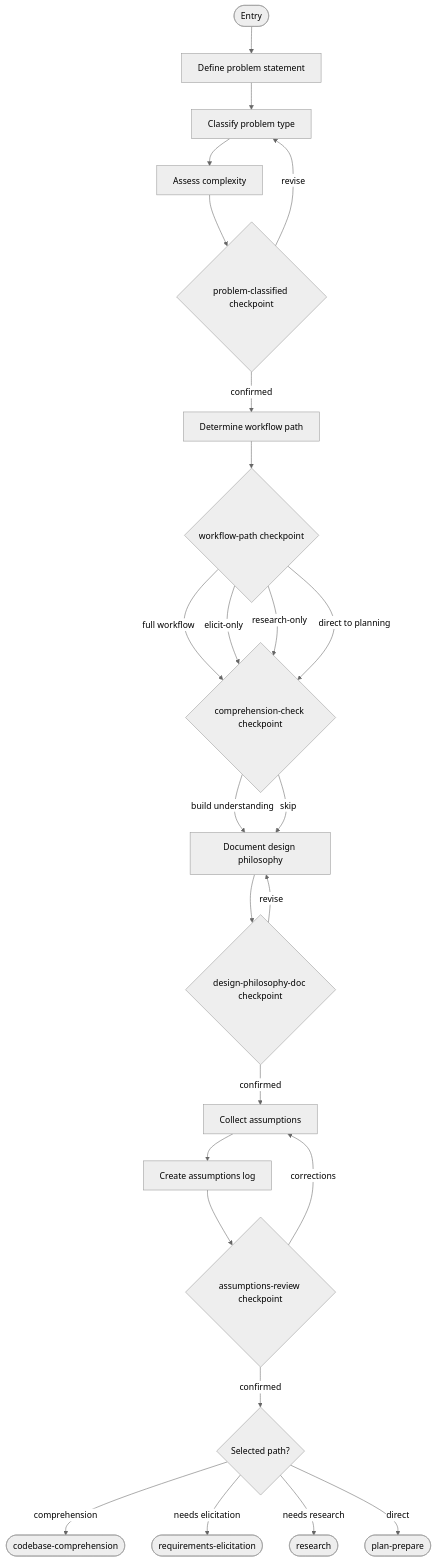
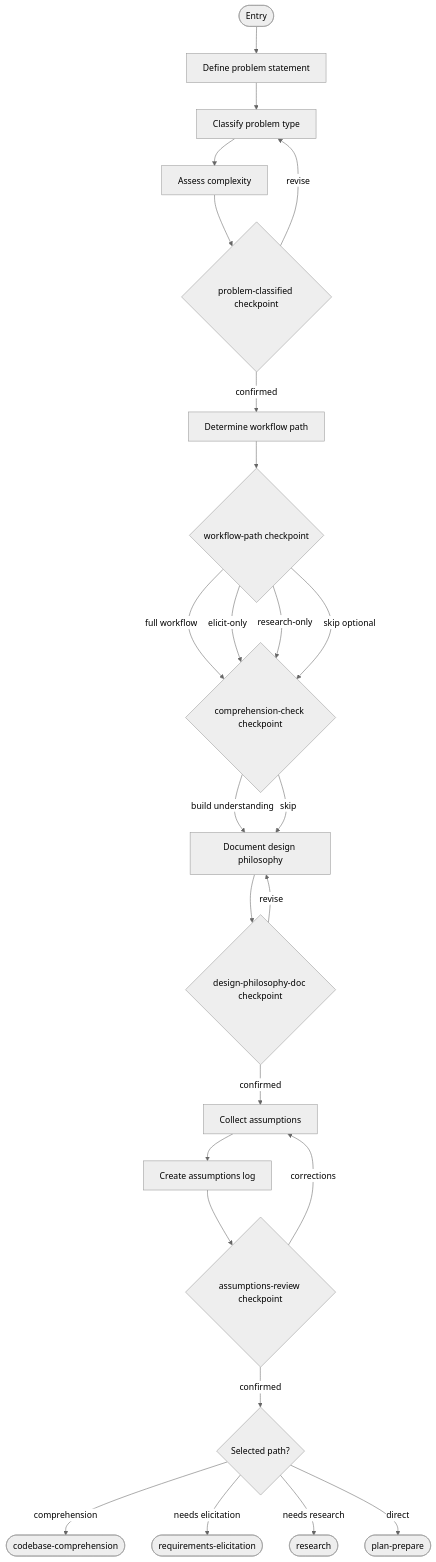
Before and after one commit to m2ux/workflow-server: the second of 14 diagrams in work-package/activities/README.md, drawn with Mermaid (neutral theme). The commit also changed other lines of this file and 5 other files, not shown here.

````diff
--- a/work-package/activities/README.md
+++ b/work-package/activities/README.md
@@ -123,33 +123,33 @@
 ```mermaid
 graph TD
     entryNode(["Entry"]) --> defineProblem["Define problem statement"]
     defineProblem --> classifyProblem["Classify problem type"]
     classifyProblem --> assessComplexity["Assess complexity"]
     assessComplexity --> cpClassified{"problem-classified checkpoint"}
     cpClassified -->|"confirmed"| determinePath["Determine workflow path"]
     cpClassified -->|"revise"| classifyProblem
 
     determinePath --> cpPath{"workflow-path checkpoint"}
     cpPath -->|"full workflow"| cpComprehension
     cpPath -->|"elicit-only"| cpComprehension
     cpPath -->|"research-only"| cpComprehension
-    cpPath -->|"direct to planning"| cpComprehension
+    cpPath -->|"skip optional"| cpComprehension
 
     cpComprehension{"comprehension-check checkpoint"}
     cpComprehension -->|"build understanding"| docPhilosophy["Document design philosophy"]
     cpComprehension -->|"skip"| docPhilosophy
 
     docPhilosophy --> cpDoc{"design-philosophy-doc checkpoint"}
     cpDoc -->|"confirmed"| collectAssumptions["Collect assumptions"]
     cpDoc -->|"revise"| docPhilosophy
 
     collectAssumptions --> createLog["Create assumptions log"]
     createLog --> cpAssumptions{"assumptions-review checkpoint"}
     cpAssumptions -->|"confirmed"| pathBranch{"Selected path?"}
     cpAssumptions -->|"corrections"| collectAssumptions
 
     pathBranch -->|"comprehension"| exitComprehension(["codebase-comprehension"])
     pathBranch -->|"needs elicitation"| exitElicit(["requirements-elicitation"])
     pathBranch -->|"needs research"| exitResearch(["research"])
     pathBranch -->|"direct"| exitPlan(["plan-prepare"])
 ```
````
